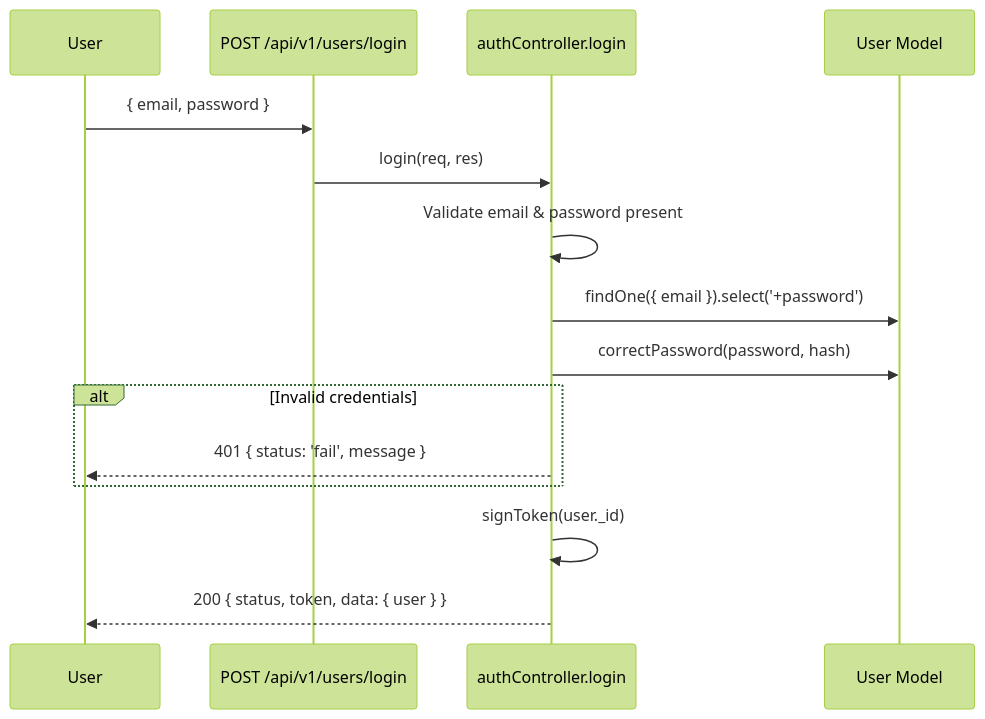
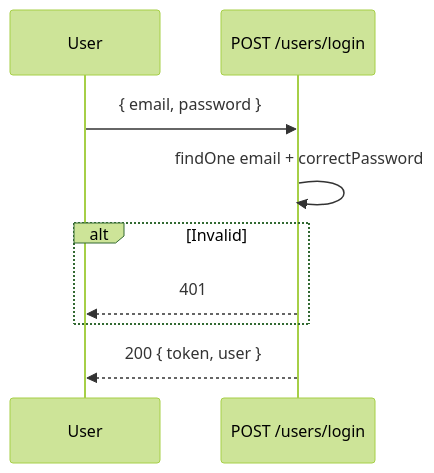
The third of 15 diagrams in san3a-project/backend/SAN3A_BACKEND_DOCUMENTATION.md (mohamedmadyan56/San3a-Fullstack), drawn with Mermaid (forest theme) before and after one commit. The commit also changed other lines of this file, not shown here.

````diff
--- a/san3a-project/backend/SAN3A_BACKEND_DOCUMENTATION.md
+++ b/san3a-project/backend/SAN3A_BACKEND_DOCUMENTATION.md
@@ -441,18 +447,12 @@
 ```mermaid
 sequenceDiagram
     participant U as User
-    participant API as POST /api/v1/users/login
-    participant AC as authController.login
-    participant UM as User Model
+    participant API as POST /users/login
 
     U->>API: { email, password }
-    API->>AC: login(req, res)
-    AC->>AC: Validate email & password present
-    AC->>UM: findOne({ email }).select('+password')
-    AC->>UM: correctPassword(password, hash)
-    alt Invalid credentials
-        AC-->>U: 401 { status: 'fail', message }
+    API->>API: findOne email + correctPassword
+    alt Invalid
+        API-->>U: 401
     end
-    AC->>AC: signToken(user._id)
-    AC-->>U: 200 { status, token, data: { user } }
+    API-->>U: 200 { token, user }
 ```
````
